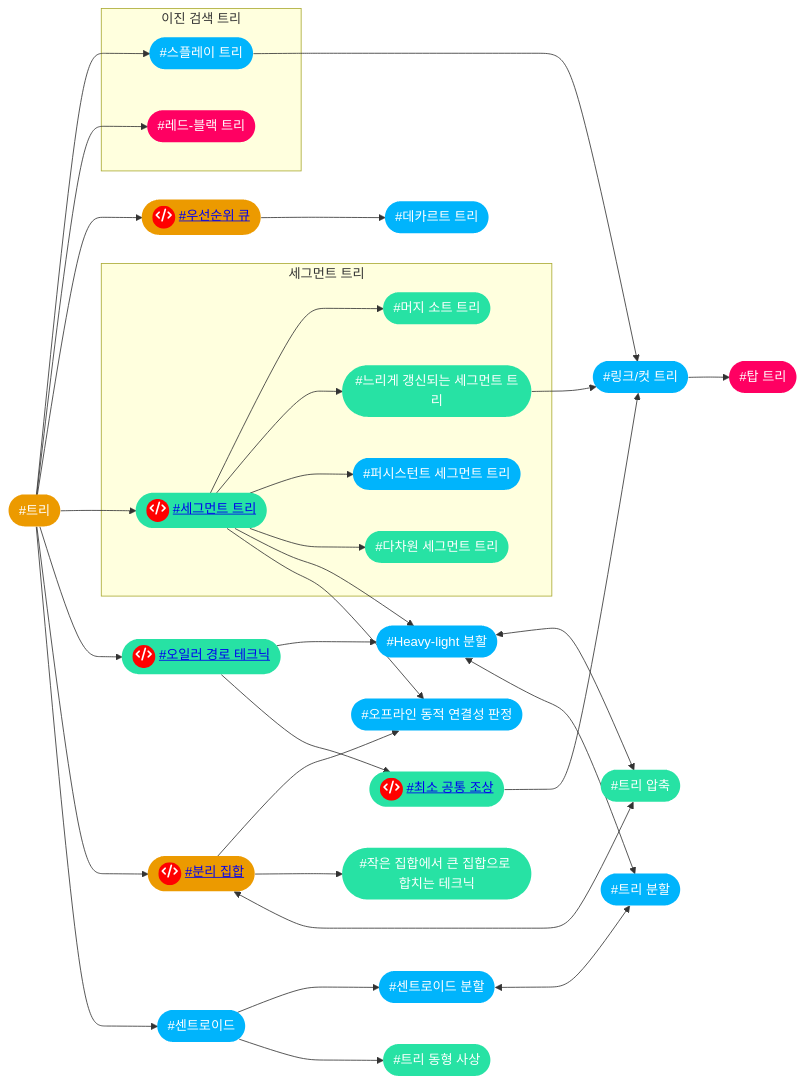
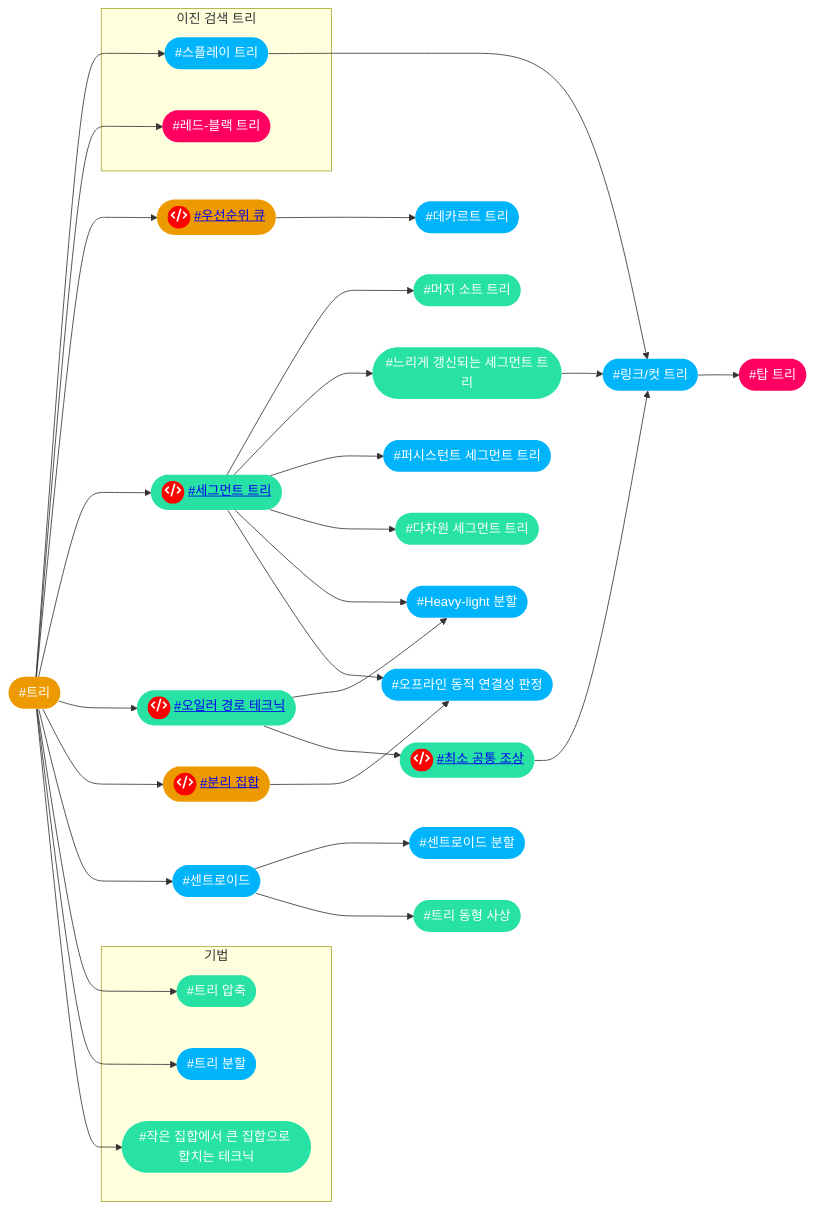
The sixth of 14 diagrams in index.md (CHOYUNSIG/algorithm_with_boj), drawn with Mermaid before and after one commit. The commit also changed other lines of this file, not shown here.

Commit message:
태그 연결성 수정

```diff
--- a/index.md
+++ b/index.md
@@ -228,76 +228,72 @@
 <pre class="mermaid">
     graph LR
 
     #trees --> #splay_tree
     #trees --> #rb_tree
     #trees --> #priority_queue
     #trees --> #segtree
     #trees --> #euler_tour_technique
     #trees --> #disjoint_set
     #trees --> #centroid
+    #trees --> #tree_compression
+    #trees --> #tree_decomposition
+    #trees --> #smaller_to_larger
     #priority_queue --> #cartesian_tree
     #lca --> #link_cut_tree
     #centroid --> #centroid_decomposition
     #centroid --> #tree_isomorphism
     #splay_tree --> #link_cut_tree
     #link_cut_tree --> #top_tree
     #segtree --> #merge_sort_tree
     #segtree --> #lazyprop
     #segtree --> #pst
     #segtree --> #multi_segtree
     #segtree --> #hld
     #segtree --> #offline_dynamic_connectivity
     #euler_tour_technique --> #hld
     #euler_tour_technique --> #lca
     #lazyprop --> #link_cut_tree
     #disjoint_set --> #offline_dynamic_connectivity
-    #disjoint_set --> #smaller_to_larger
-    #disjoint_set <--> #tree_compression 
-    #centroid_decomposition <--> #tree_decomposition 
-    #hld <--> #tree_compression
-    #hld <--> #tree_decomposition
 
     subgraph 이진 검색 트리
         #splay_tree
         #rb_tree
     end
 
-    subgraph 세그먼트 트리
-        #segtree
-        #merge_sort_tree
-        #lazyprop
-        #pst
-        #multi_segtree
+    subgraph 기법
+        #tree_compression
+        #tree_decomposition
+        #smaller_to_larger
     end
 
     #hld(["#Heavy-light 분할"]):::tier4
     #lazyprop(["#느리게 갱신되는 세그먼트 트리"]):::tier3
     #multi_segtree(["#다차원 세그먼트 트리"]):::tier3
     #cartesian_tree(["#데카르트 트리"]):::tier4
     #rb_tree(["#레드-블랙 트리"]):::tier5
     #link_cut_tree(["#링크/컷 트리"]):::tier4
     #merge_sort_tree(["#머지 소트 트리"]):::tier3
     #disjoint_set(["<span style="background-color: red; border-radius: 50%; display:inline-block; width:28px; height:28px">fa:fa-code</span> <a href="post/2024/01/13/disjoint_set.html">#분리 집합</a>"]):::tier2
     #segtree(["<span style="background-color: red; border-radius: 50%; display:inline-block; width:28px; height:28px">fa:fa-code</span> <a href="post/2024/01/11/segtree.html">#세그먼트 트리</a>"]):::tier3
     #centroid(["#센트로이드"]):::tier4
     #centroid_decomposition(["#센트로이드 분할"]):::tier4
     #splay_tree(["#스플레이 트리"]):::tier4
     #euler_tour_technique(["<span style="background-color: red; border-radius: 50%; display:inline-block; width:28px; height:28px">fa:fa-code</span> <a href="post/2024/01/18/euler_tour_technique.html">#오일러 경로 테크닉</a>"]):::tier3
     #offline_dynamic_connectivity(["#오프라인 동적 연결성 판정"]):::tier4
     #priority_queue(["<span style="background-color: red; border-radius: 50%; display:inline-block; width:28px; height:28px">fa:fa-code</span> <a href="post/2024/01/15/priority_queue.html">#우선순위 큐</a>"]):::tier2
     #smaller_to_larger(["#작은 집합에서 큰 집합으로 합치는 테크닉"]):::tier3
     #lca(["<span style="background-color: red; border-radius: 50%; display:inline-block; width:28px; height:28px">fa:fa-code</span> <a href="post/2024/01/20/lca.html">#최소 공통 조상</a>"]):::tier3
     #top_tree(["#탑 트리"]):::tier5
     #trees(["#트리"]):::tier2
     #tree_isomorphism(["#트리 동형 사상"]):::tier3
     #tree_decomposition(["#트리 분할"]):::tier4
     #tree_compression(["#트리 압축"]):::tier3
     #pst(["#퍼시스턴트 세그먼트 트리"]):::tier4
 
     classDef tier0 fill:#ad5600, color:#fff, stroke:#0000
     classDef tier1 fill:#435f7a, color:#fff, stroke:#0000
     classDef tier2 fill:#ec9a00, color:#fff, stroke:#0000
     classDef tier3 fill:#27e2a4, color:#fff, stroke:#0000
     classDef tier4 fill:#00b4fc, color:#fff, stroke:#0000
     classDef tier5 fill:#ff0062, color:#fff, stroke:#0000
 </pre>
```
